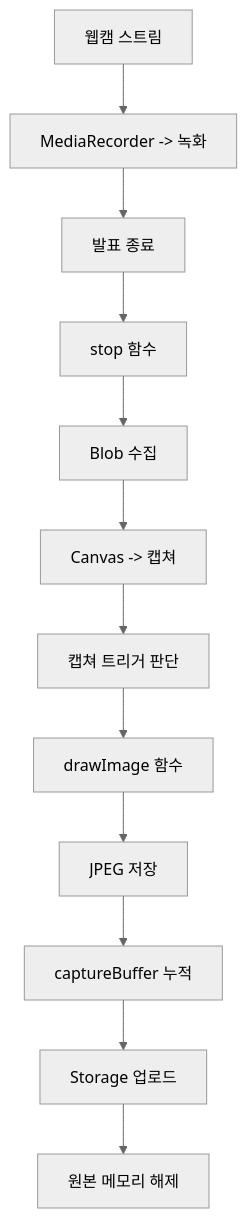
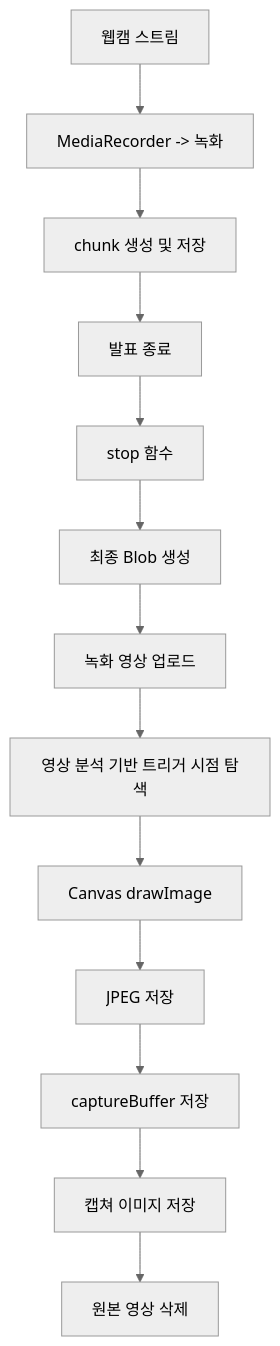
The first of 2 diagrams in DSD.md (aikian/presentation), drawn with Mermaid (neutral theme) before and after one commit. The commit also changed other lines of this file, not shown here.

````diff
--- a/DSD.md
+++ b/DSD.md
@@ -277,14 +274,15 @@
 ```mermaid
 flowchart TD
     A[웹캠 스트림] --> B[MediaRecorder -> 녹화]
-    B --> C[발표 종료]
-    C --> D[stop 함수]
-    D --> E[Blob 수집]
-    E --> F[Canvas -> 캡쳐]
-    F --> G[캡쳐 트리거 판단]
-    G --> H[drawImage 함수]
-    H --> I[JPEG 저장]
-    I --> J[captureBuffer 누적]
-    J --> K[Storage 업로드]
-    K --> L[원본 메모리 해제]
+    B --> C[chunk 생성 및 저장]
+    C --> D[발표 종료]
+    D --> E[stop 함수]
+    E --> F[최종 Blob 생성]
+    F --> G[녹화 영상 업로드]
+    G --> H[영상 분석 기반 트리거 시점 탐색]
+    H --> I[Canvas drawImage]
+    I --> J[JPEG 저장]
+    J --> K[captureBuffer 저장]
+    K --> L[캡쳐 이미지 저장]
+    L --> M[원본 영상 삭제]
 ```
````
